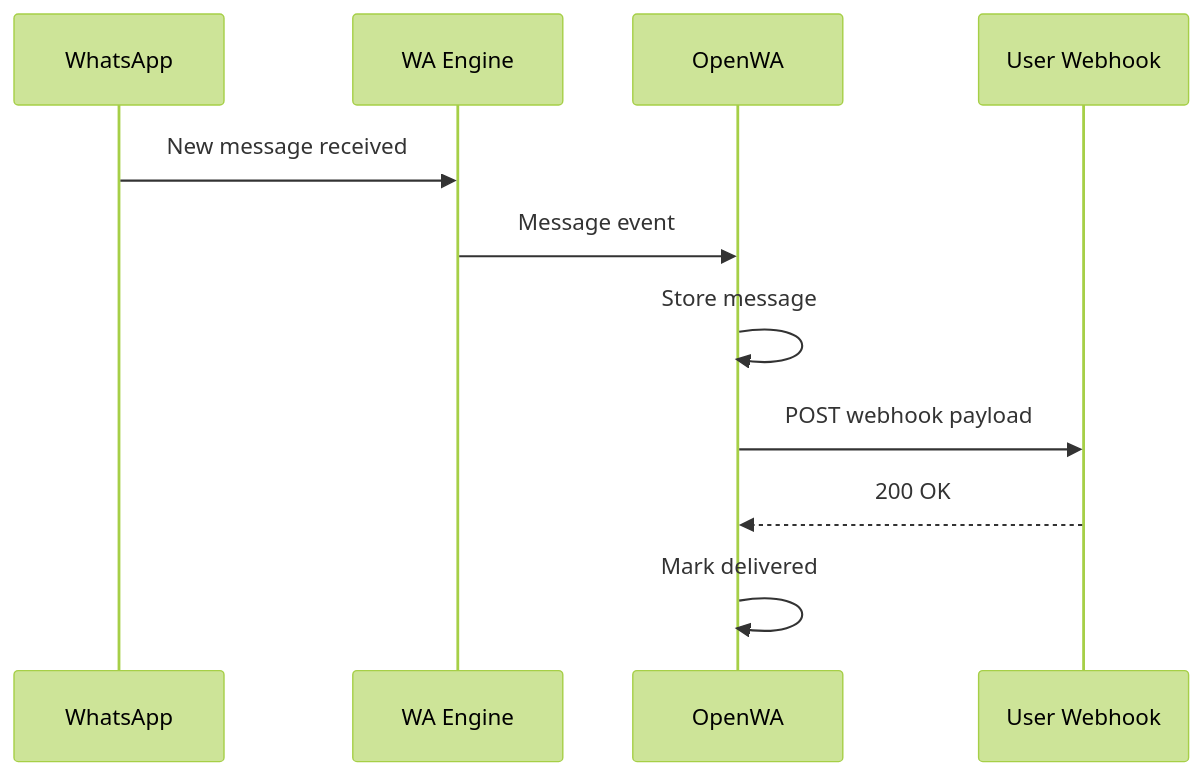
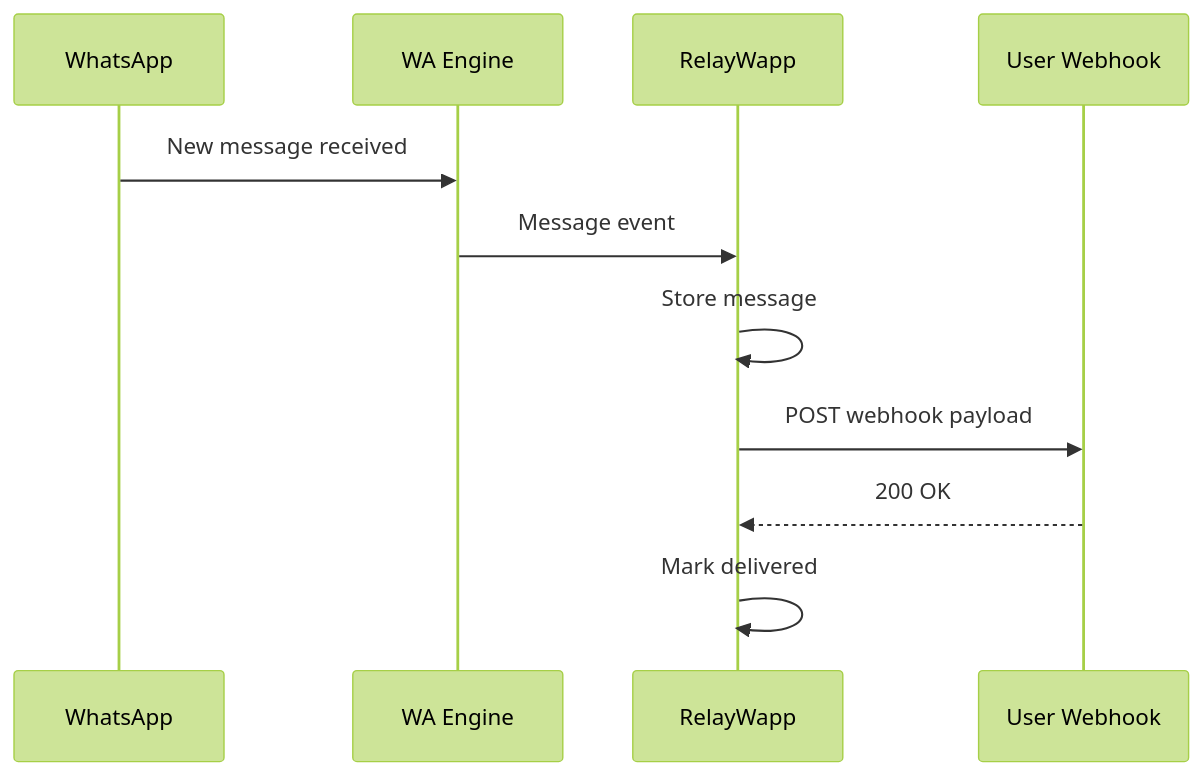
Before and after one commit to FaisalKabirGalib/whitelabel-whatsapp-gateway: diagram 12 of 13 in docs/02-requirements-specification.md, drawn with Mermaid (forest theme). The commit also changed other lines of this file and 51 other files, not shown here.

Commit message:
docs: rebrand documentation for RelayWapp

````diff
--- a/docs/02-requirements-specification.md
+++ b/docs/02-requirements-specification.md
@@ -411,14 +411,14 @@
 ```mermaid
 sequenceDiagram
     participant WA as WhatsApp
     participant Engine as WA Engine
-    participant API as OpenWA
+    participant API as RelayWapp
     participant WH as User Webhook
 
     WA->>Engine: New message received
     Engine->>API: Message event
     API->>API: Store message
     API->>WH: POST webhook payload
     WH-->>API: 200 OK
     API->>API: Mark delivered
 ```
````
